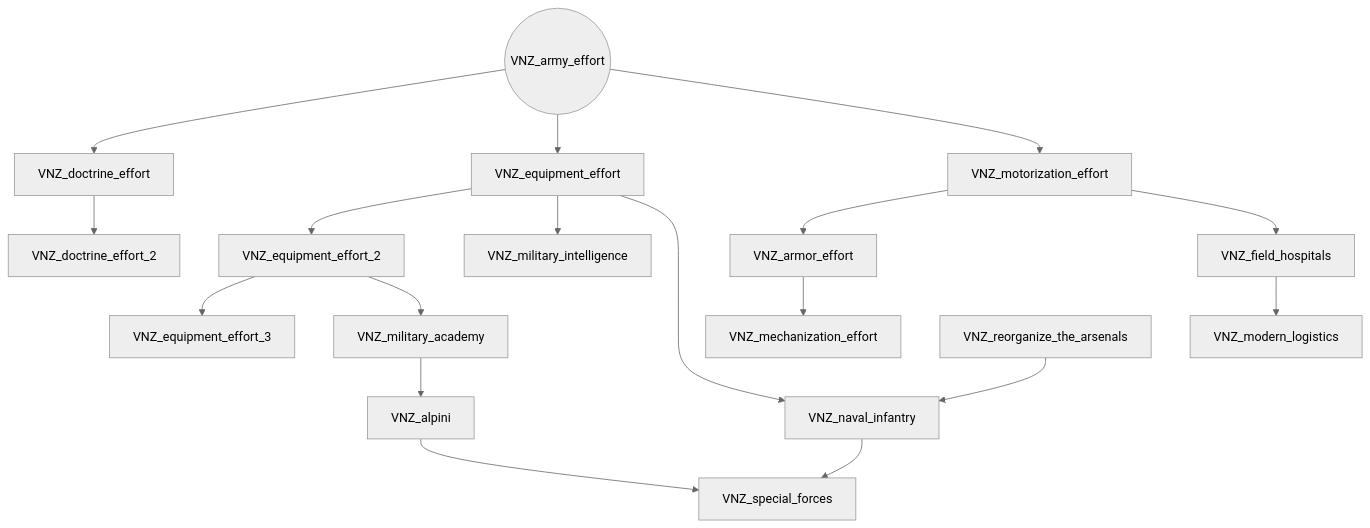
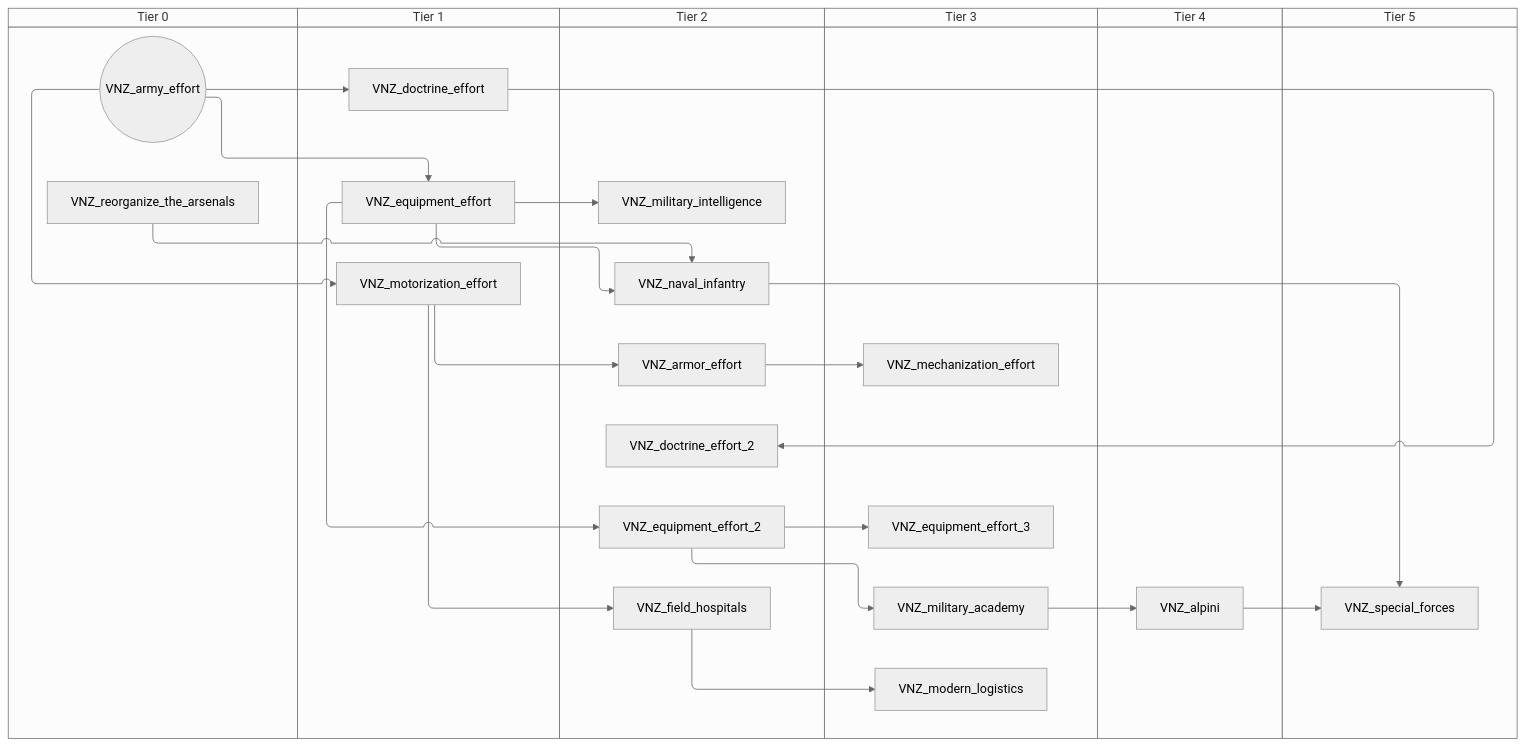
The first of 5 diagrams in docs/gdd/National Focuses/r56/venice.md (evgeny-sobol/hoi4-sandbox-mode-r56), drawn with Mermaid (neutral theme) before and after one commit. The commit also changed other lines of this file and 423 other files, not shown here.

First line of the commit message:
Re-export Rt56 focus trees as swimlane diagrams

````diff
--- a/docs/gdd/National Focuses/r56/venice.md
+++ b/docs/gdd/National Focuses/r56/venice.md
@@ -3,37 +3,49 @@
 ```mermaid
-flowchart TD
-    n1["VNZ_alpini"]
-    n2["VNZ_armor_effort"]
-    n3(("VNZ_army_effort"))
-    n4["VNZ_doctrine_effort"]
-    n5["VNZ_doctrine_effort_2"]
-    n6["VNZ_equipment_effort"]
-    n7["VNZ_equipment_effort_2"]
-    n8["VNZ_equipment_effort_3"]
-    n9["VNZ_field_hospitals"]
-    n10["VNZ_mechanization_effort"]
-    n11["VNZ_military_academy"]
-    n12["VNZ_military_intelligence"]
-    n13["VNZ_modern_logistics"]
-    n14["VNZ_motorization_effort"]
-    n15["VNZ_naval_infantry"]
-    n16["VNZ_reorganize_the_arsenals"]
-    n17["VNZ_special_forces"]
-    n11 --> n1
-    n14 --> n2
-    n3 --> n4
-    n4 --> n5
-    n3 --> n6
-    n6 --> n7
-    n7 --> n8
-    n14 --> n9
-    n2 --> n10
-    n7 --> n11
-    n6 --> n12
-    n9 --> n13
-    n3 --> n14
-    n16 --> n15
-    n6 --> n15
-    n1 --> n17
-    n15 --> n17
+swimlane-beta TD
+    subgraph tier_0["Tier 0"]
+        n1(("VNZ_army_effort"))
+        n2["VNZ_reorganize_the_arsenals"]
+    end
+    subgraph tier_1["Tier 1"]
+        n3["VNZ_doctrine_effort"]
+        n4["VNZ_equipment_effort"]
+        n5["VNZ_motorization_effort"]
+    end
+    subgraph tier_2["Tier 2"]
+        n6["VNZ_armor_effort"]
+        n7["VNZ_doctrine_effort_2"]
+        n8["VNZ_equipment_effort_2"]
+        n9["VNZ_field_hospitals"]
+        n10["VNZ_military_intelligence"]
+        n11["VNZ_naval_infantry"]
+    end
+    subgraph tier_3["Tier 3"]
+        n12["VNZ_equipment_effort_3"]
+        n13["VNZ_mechanization_effort"]
+        n14["VNZ_military_academy"]
+        n15["VNZ_modern_logistics"]
+    end
+    subgraph tier_4["Tier 4"]
+        n16["VNZ_alpini"]
+    end
+    subgraph tier_5["Tier 5"]
+        n17["VNZ_special_forces"]
+    end
+    n14 --> n16
+    n5 --> n6
+    n1 --> n3
+    n3 --> n7
+    n1 --> n4
+    n4 --> n8
+    n8 --> n12
+    n5 --> n9
+    n6 --> n13
+    n8 --> n14
+    n4 --> n10
+    n9 --> n15
+    n1 --> n5
+    n2 --> n11
+    n4 --> n11
+    n16 --> n17
+    n11 --> n17
 ```
````
